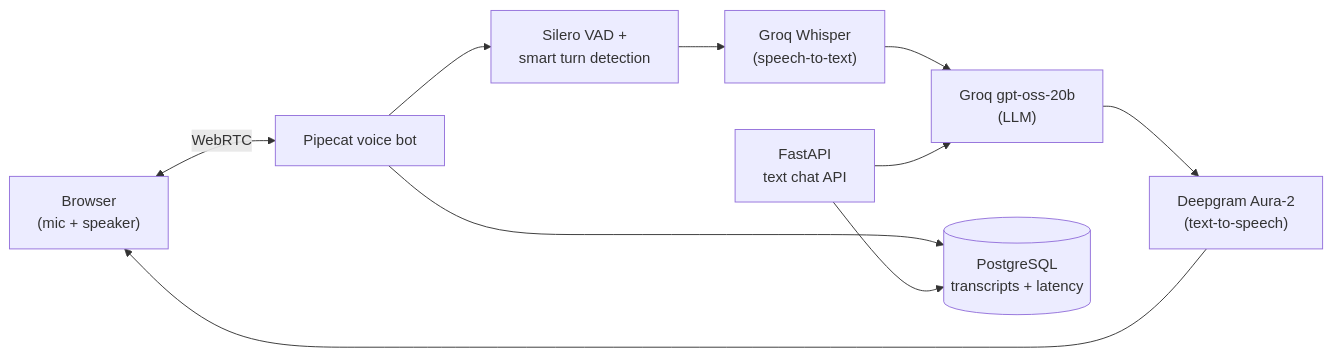
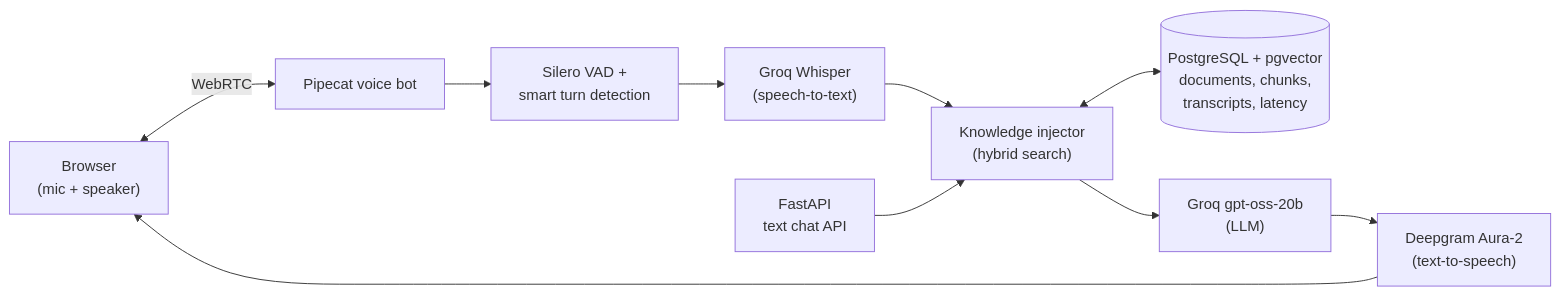
The diagram in README.md (AshishChaubey2003/ai-voice-sales-agent), drawn with Mermaid before and after one commit. The commit also changed other lines of this file, not shown here.

````diff
--- a/README.md
+++ b/README.md
@@ -36,12 +37,12 @@
 ```mermaid
 flowchart LR
     Browser["Browser<br/>(mic + speaker)"] <-->|WebRTC| Bot["Pipecat voice bot"]
     Bot --> VAD["Silero VAD +<br/>smart turn detection"]
     VAD --> STT["Groq Whisper<br/>(speech-to-text)"]
-    STT --> LLM["Groq gpt-oss-20b<br/>(LLM)"]
+    STT --> KB["Knowledge injector<br/>(hybrid search)"]
+    KB <--> PG[("PostgreSQL + pgvector<br/>documents, chunks,<br/>transcripts, latency")]
+    KB --> LLM["Groq gpt-oss-20b<br/>(LLM)"]
     LLM --> TTS["Deepgram Aura-2<br/>(text-to-speech)"]
     TTS --> Browser
-    Bot --> DB[("PostgreSQL<br/>transcripts + latency")]
-    API["FastAPI<br/>text chat API"] --> DB
-    API --> LLM
+    API["FastAPI<br/>text chat API"] --> KB
 ```
````
